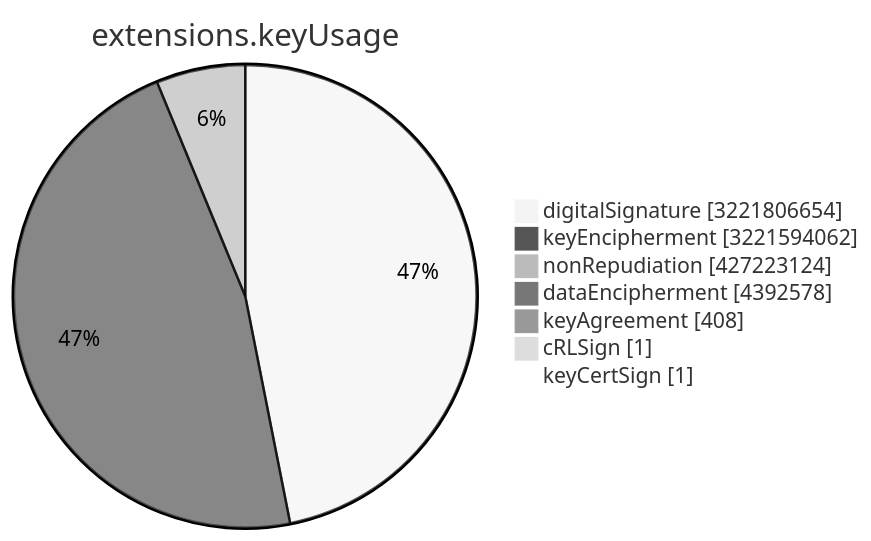
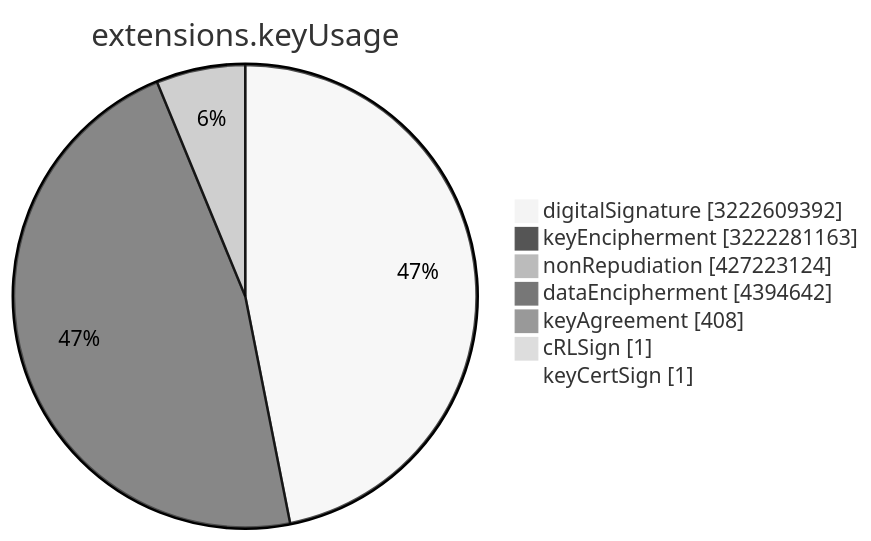
The sixth of 15 diagrams in TOTAL/README.md (christiankrug/ctmonitor_visualization), drawn with Mermaid (neutral theme) before and after one commit. The commit also changed other lines of this file, not shown here.

````diff
--- a/TOTAL/README.md
+++ b/TOTAL/README.md
@@ -3077,11 +3077,11 @@
 ```mermaid
 pie showData
 title extensions.keyUsage
-"digitalSignature" :3221806654
-"keyEncipherment" :3221594062
+"digitalSignature" :3222609392
+"keyEncipherment" :3222281163
 "nonRepudiation" :427223124
-"dataEncipherment" :4392578
+"dataEncipherment" :4394642
 "keyAgreement" :408
 "cRLSign" :1
 "keyCertSign" :1
 ```
````
